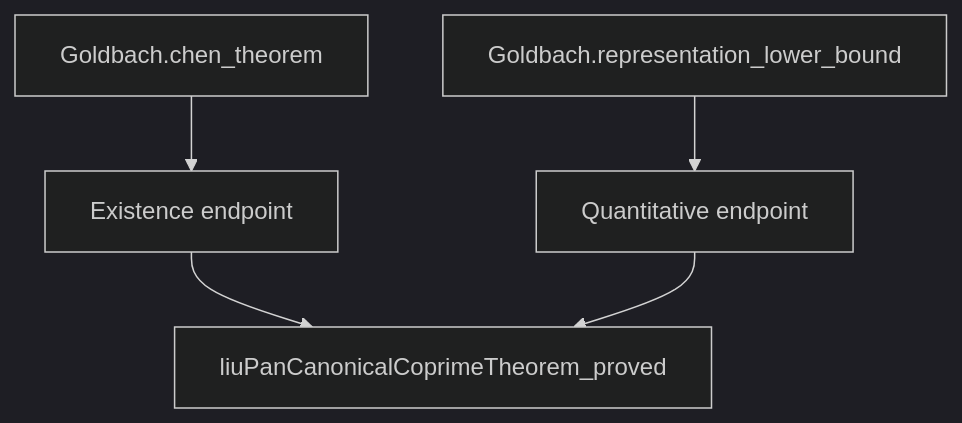
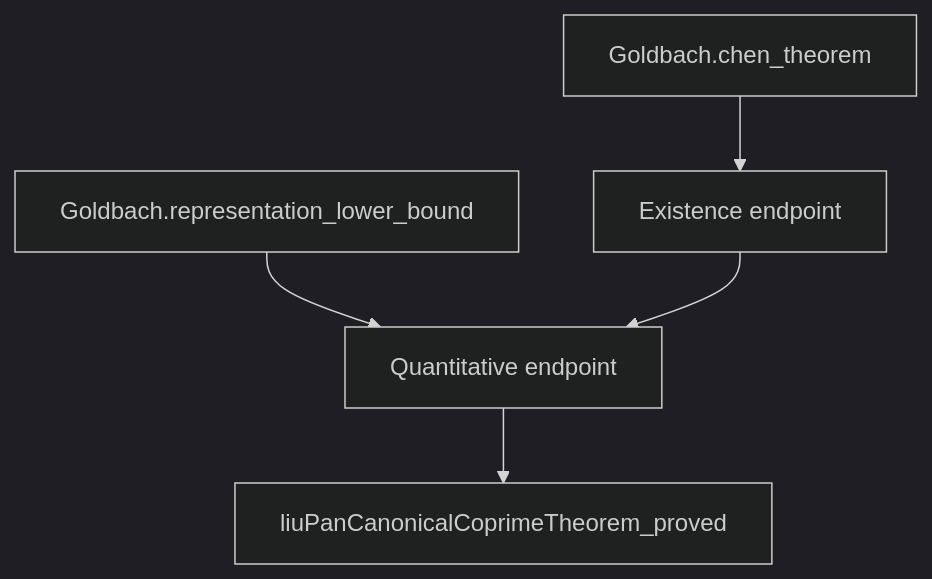
The second of 2 diagrams in docs/ARCHITECTURE.md (subfish-zhou/goldbach-lean), drawn with Mermaid (dark theme) before and after one commit. The commit also changed other lines of this file and 7978 other files, not shown here.

````diff
--- a/docs/ARCHITECTURE.md
+++ b/docs/ARCHITECTURE.md
@@ -103,7 +105,7 @@
 ```mermaid
 flowchart TD
    existence["Goldbach.chen_theorem"] --> qualitative["Existence endpoint"]
    count["Goldbach.representation_lower_bound"] --> quantitative["Quantitative endpoint"]
-   qualitative --> shared["liuPanCanonicalCoprimeTheorem_proved"]
-   quantitative --> shared
+   qualitative --> quantitative
+   quantitative --> shared["liuPanCanonicalCoprimeTheorem_proved"]
 ```
````
